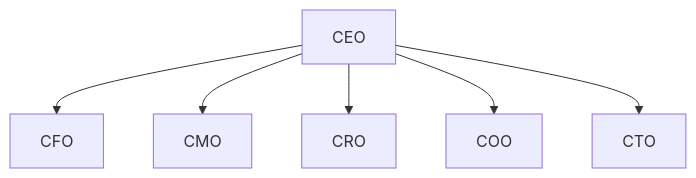
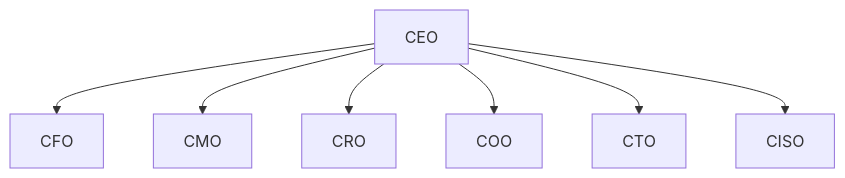
The diagram in okf/people/org-chart.md (okforest/template-company-knowledge), drawn with Mermaid before and after one commit. The commit also changed 22 other files, not shown here.

````diff
--- a/okf/people/org-chart.md
+++ b/okf/people/org-chart.md
@@ -12,8 +12,9 @@
 ```mermaid
 flowchart TD
   ceo["CEO"] --> cfo["CFO"]
   ceo --> cmo["CMO"]
   ceo --> cro["CRO"]
   ceo --> coo["COO"]
   ceo --> cto["CTO"]
+  ceo --> ciso["CISO"]
 ```
````
